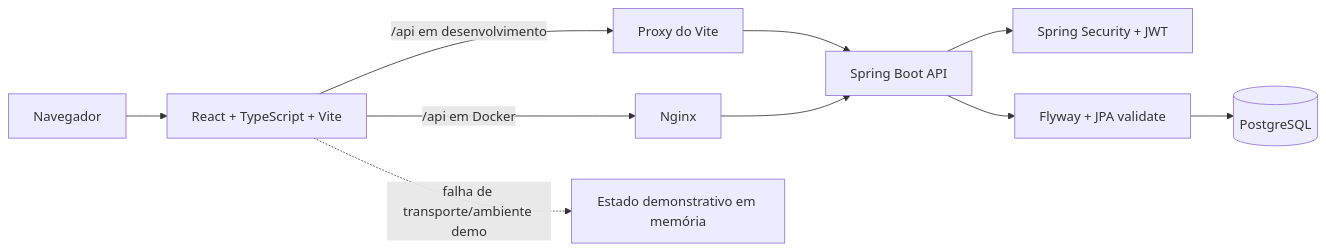
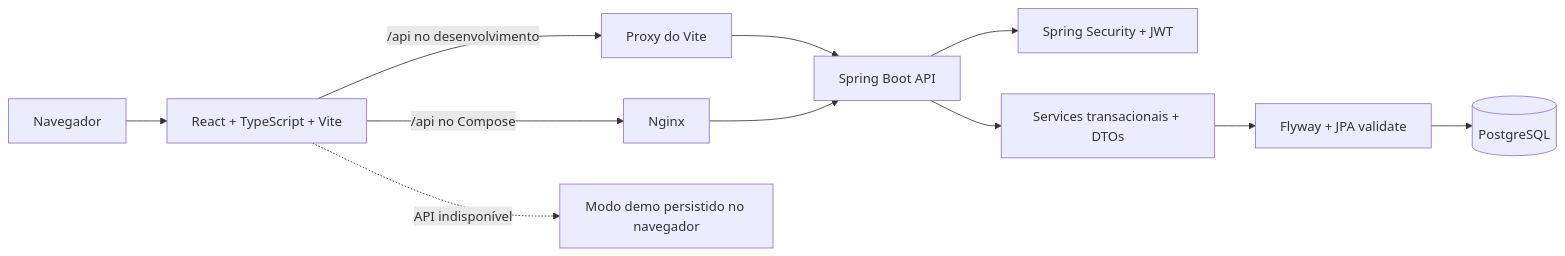
The diagram in README.md (matheus-samuel-dev/sistema-reserva-quadras), drawn with Mermaid before and after one commit. The commit also changed other lines of this file and 143 other files, not shown here.

````diff
--- a/README.md
+++ b/README.md
@@ -91,12 +170,13 @@
-~~~mermaid
+```mermaid
 flowchart LR
     B["Navegador"] --> R["React + TypeScript + Vite"]
-    R -->|"/api em desenvolvimento"| VP["Proxy do Vite"]
-    R -->|"/api em Docker"| N["Nginx"]
+    R -->|"/api no desenvolvimento"| VP["Proxy do Vite"]
+    R -->|"/api no Compose"| N["Nginx"]
     VP --> S["Spring Boot API"]
     N --> S
     S --> J["Spring Security + JWT"]
-    S --> F["Flyway + JPA validate"]
-    F --> P[("PostgreSQL")]
-    R -. "falha de transporte/ambiente demo" .-> D["Estado demonstrativo em memória"]
-~~~
+    S --> F["Services transacionais + DTOs"]
+    F --> M["Flyway + JPA validate"]
+    M --> P[("PostgreSQL")]
+    R -. "API indisponível" .-> D["Modo demo persistido no navegador"]
+```
````
